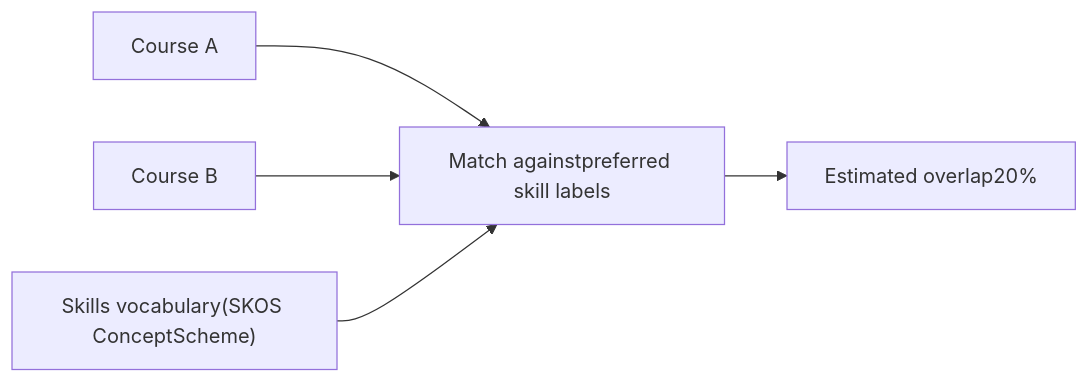
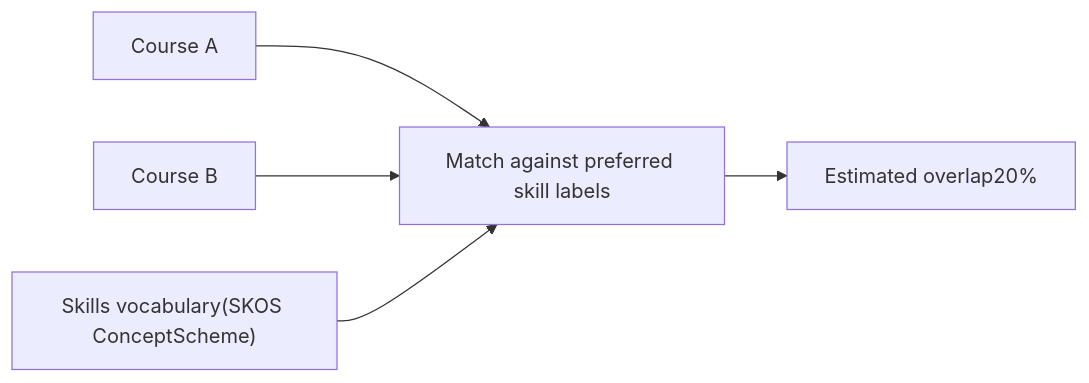
Before and after one commit to leskneebone/skills-SPARQL: diagram 11 of 18 in reports/creditTransfer.md, drawn with Mermaid. The commit also changed other lines of this file, not shown here.

````diff
--- a/reports/creditTransfer.md
+++ b/reports/creditTransfer.md
@@ -118,7 +118,7 @@
 ```mermaid
 flowchart LR
-  A["Course A"] --> M["Match againstpreferred skill labels"]
+  A["Course A"] --> M["Match against preferred skill labels"]
   B["Course B"] --> M
   S["Skills vocabulary(SKOS ConceptScheme)"] --> M
   M --> O["Estimated overlap20%"]
 ```
````
